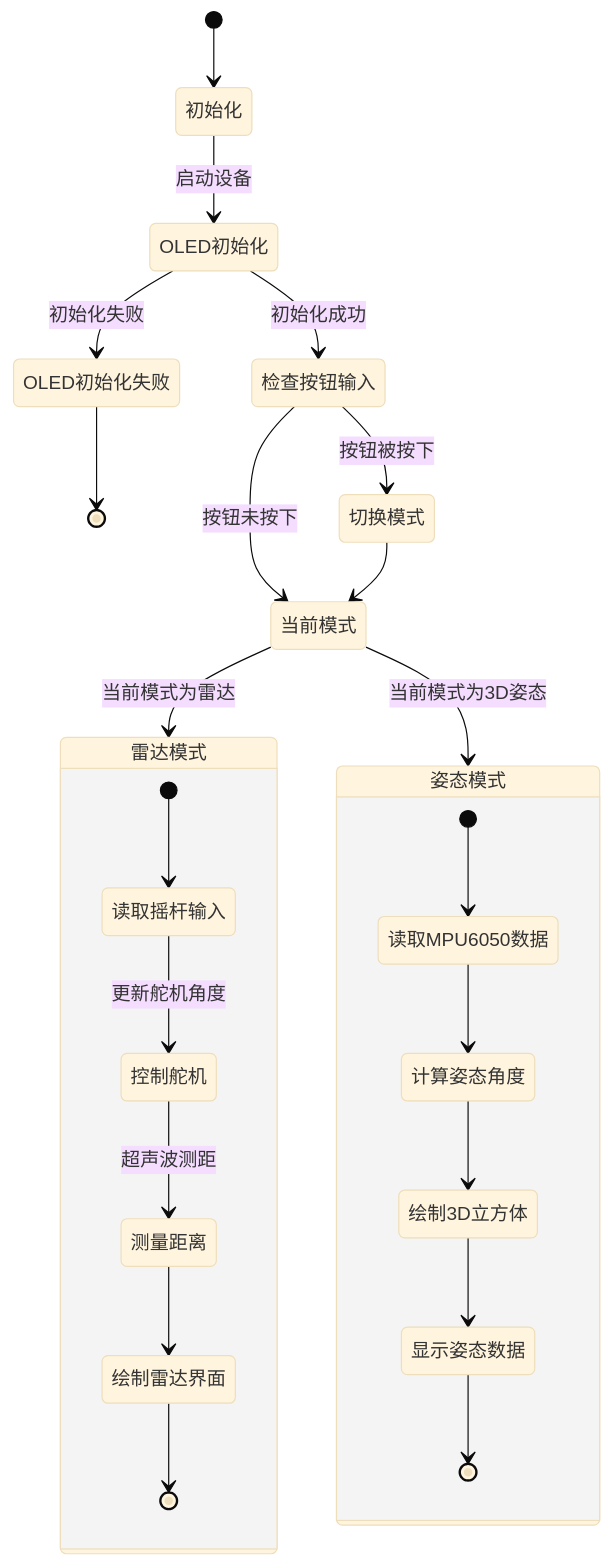
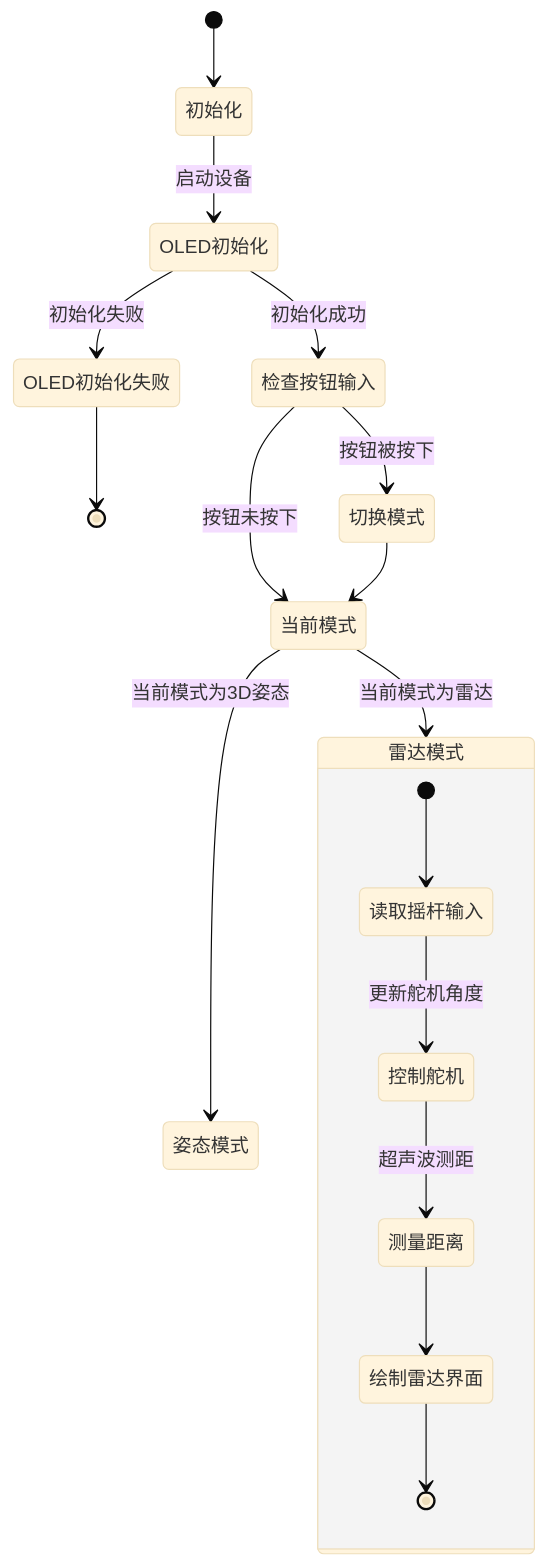
One commit to yuchihatuntun/Skaldheim changed the diagram in 笔记/🛠️ Projects/🔧 Smart Spatial Perception Console/Principle.md. Above: the diagram before and after it, drawn with Mermaid (base theme). The commit also changed other lines of this file and 1 other file, not shown here.

````diff
--- a/笔记/🛠️ Projects/🔧 Smart Spatial Perception Console/Principle.md
+++ b/笔记/🛠️ Projects/🔧 Smart Spatial Perception Console/Principle.md
@@ -2,31 +2,23 @@
 ```mermaid
 stateDiagram-v2
     [*] --> 初始化
     初始化 --> OLED初始化: 启动设备
     OLED初始化 --> OLED初始化失败: 初始化失败
     OLED初始化 --> 检查按钮输入: 初始化成功
     OLED初始化失败 --> [*]
 
     检查按钮输入 --> 切换模式: 按钮被按下
     检查按钮输入 --> 当前模式: 按钮未按下
 
     切换模式 --> 当前模式
     当前模式 --> 雷达模式: 当前模式为雷达
     当前模式 --> 姿态模式: 当前模式为3D姿态
 
     state 雷达模式 {
         [*] --> 读取摇杆输入
         读取摇杆输入 --> 控制舵机: 更新舵机角度
         控制舵机 --> 测量距离: 超声波测距
         测量距离 --> 绘制雷达界面
         绘制雷达界面 --> [*]
     }
-
-    state 姿态模式 {
-        [*] --> 读取MPU6050数据
-        读取MPU6050数据 --> 计算姿态角度
-        计算姿态角度 --> 绘制3D立方体
-        绘制3D立方体 --> 显示姿态数据
-        显示姿态数据 --> [*]
-    }
 ```
````
